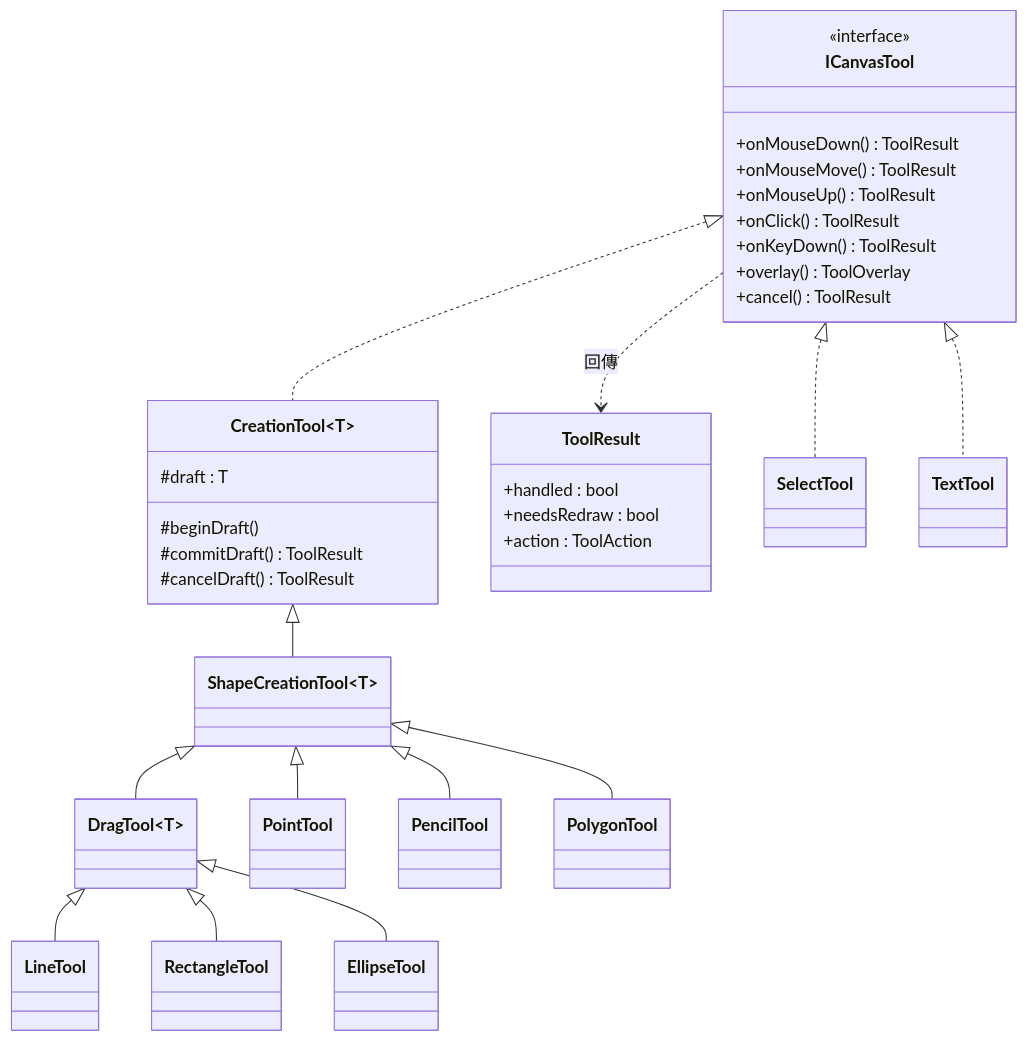
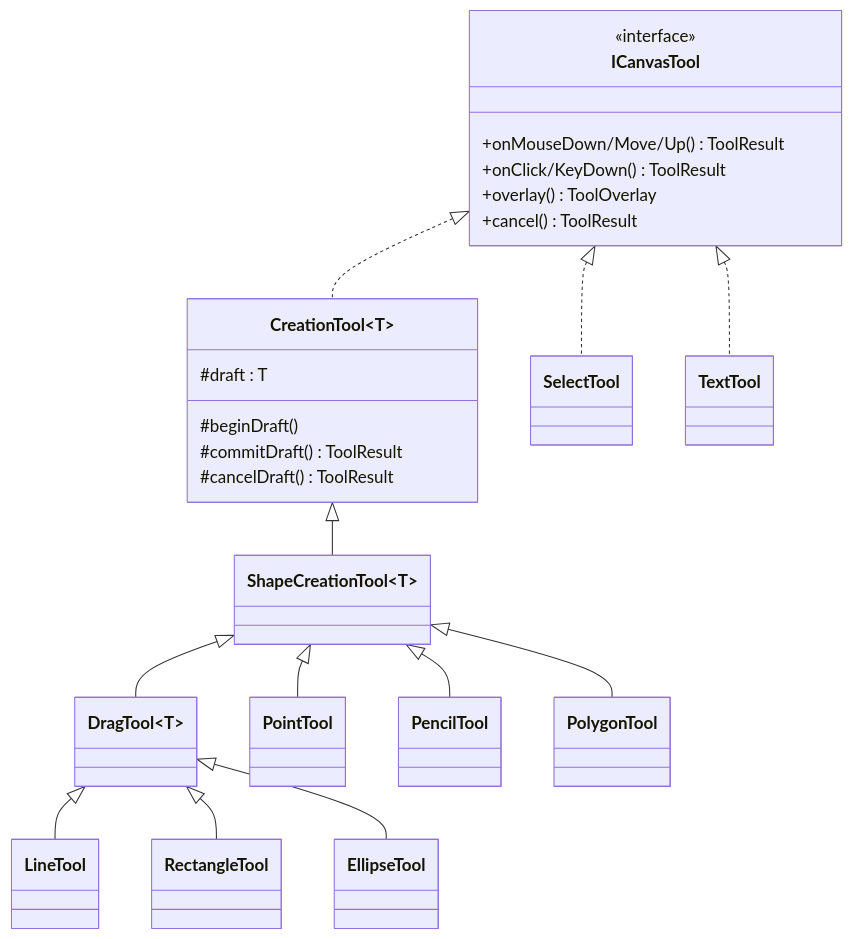
One commit to YuanOwO/CG-hw1-paint changed the diagram in docs/figures-src/app_c_class-tools.mmd. Above: the diagram before and after it, drawn with Mermaid. The commit also changed 20 other files, not shown here.

```diff
--- a/docs/figures-src/app_c_class-tools.mmd
+++ b/docs/figures-src/app_c_class-tools.mmd
@@ -1,38 +1,29 @@
 classDiagram
     direction TB
     class ICanvasTool {
         <<interface>>
-        +onMouseDown() ToolResult
-        +onMouseMove() ToolResult
-        +onMouseUp() ToolResult
-        +onClick() ToolResult
-        +onKeyDown() ToolResult
+        +onMouseDown/Move/Up() ToolResult
+        +onClick/KeyDown() ToolResult
         +overlay() ToolOverlay
         +cancel() ToolResult
     }
     class CreationTool~T~ {
         #draft : T
         #beginDraft()
         #commitDraft() ToolResult
         #cancelDraft() ToolResult
     }
     class ShapeCreationTool~T~
     class DragTool~T~
-    class ToolResult {
-        +handled : bool
-        +needsRedraw : bool
-        +action : ToolAction
-    }
 
     ICanvasTool <|.. SelectTool
     ICanvasTool <|.. TextTool
     ICanvasTool <|.. CreationTool~T~
     CreationTool~T~ <|-- ShapeCreationTool~T~
     ShapeCreationTool~T~ <|-- DragTool~T~
     ShapeCreationTool~T~ <|-- PointTool
     ShapeCreationTool~T~ <|-- PencilTool
     ShapeCreationTool~T~ <|-- PolygonTool
     DragTool~T~ <|-- LineTool
     DragTool~T~ <|-- RectangleTool
     DragTool~T~ <|-- EllipseTool
-    ICanvasTool ..> ToolResult : 回傳
```
